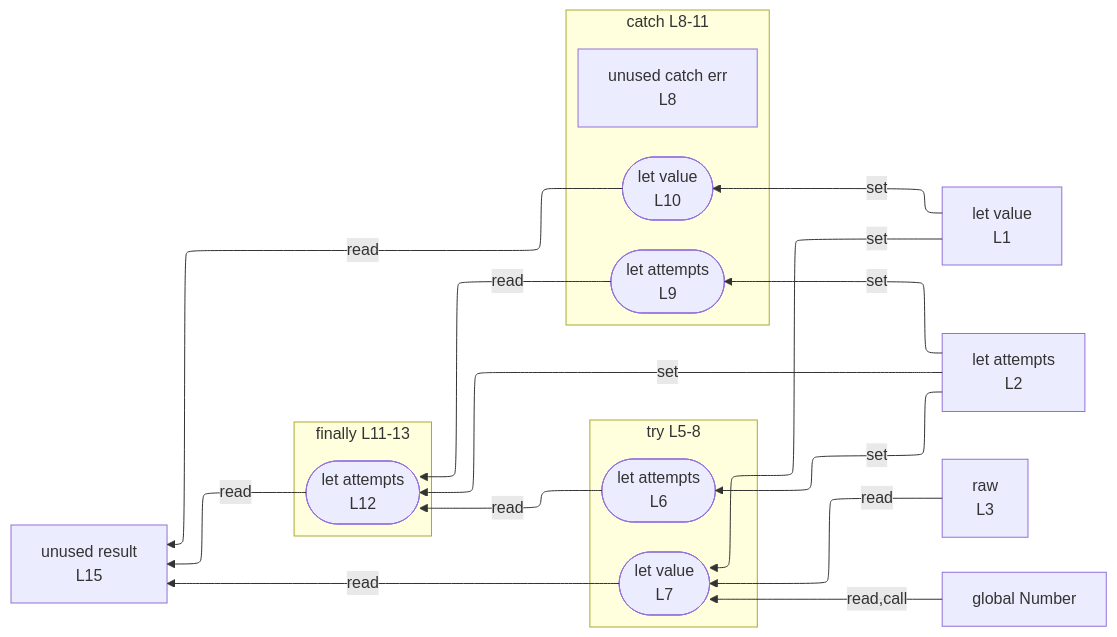
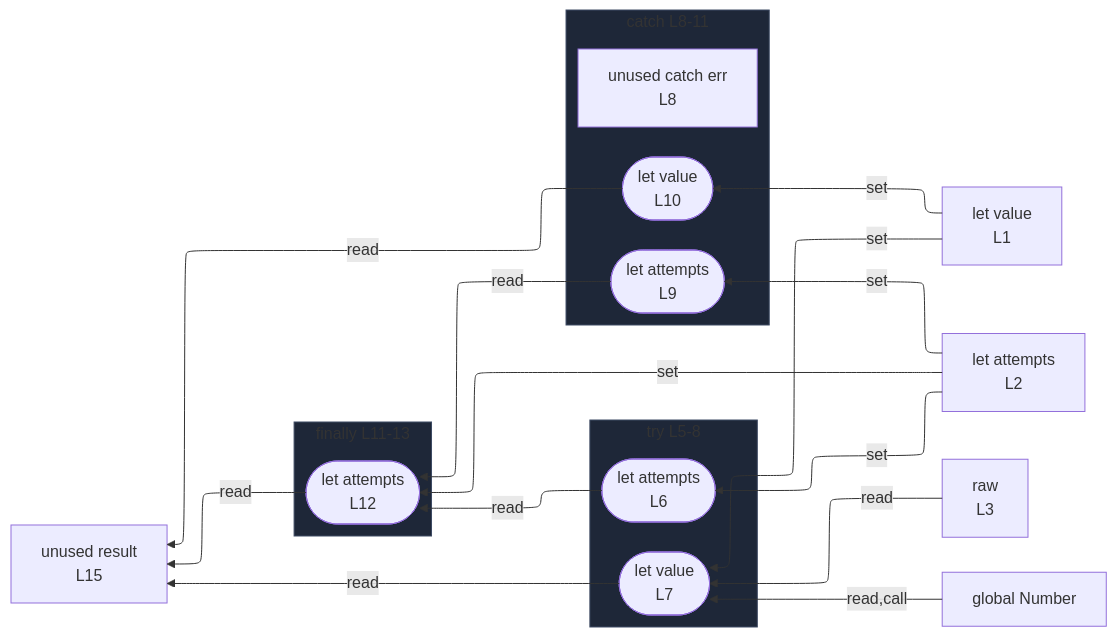
The diagram in integration/fixtures/try-statement/catch-finally/preview.md (crescware/unsnarl), drawn with Mermaid before and after one commit. The commit also changed 249 other files, not shown here.

First line of the commit message:
Color Mermaid subgraphs by nesting depth via theme palette

````diff
--- a/integration/fixtures/try-statement/catch-finally/preview.md
+++ b/integration/fixtures/try-statement/catch-finally/preview.md
@@ -25,36 +25,40 @@
 ```mermaid
 %%{init: {"flowchart": {"defaultRenderer": "elk"}}}%%
 flowchart RL
   n_scope_0_value_4["let value<br/>L1"]
   n_scope_0_attempts_19["let attempts<br/>L2"]
   n_scope_0_raw_39["raw<br/>L3"]
   n_scope_0_result_182["unused result<br/>L15"]
   n_scope_0_Number_84["global Number"]
   subgraph s_scope_1["try L5-8"]
     direction RL
     wr_ref_4(["let value<br/>L7"])
     wr_ref_3(["let attempts<br/>L6"])
   end
   subgraph s_scope_2["catch L8-11"]
     direction RL
     n_scope_2_err_106["unused catch err<br/>L8"]
     wr_ref_8(["let value<br/>L10"])
     wr_ref_7(["let attempts<br/>L9"])
   end
   subgraph s_scope_3["finally L11-13"]
     direction RL
     wr_ref_9(["let attempts<br/>L12"])
   end
   n_scope_0_value_4 -->|set| wr_ref_4
   n_scope_0_value_4 -->|set| wr_ref_8
   n_scope_0_attempts_19 -->|set| wr_ref_3
   n_scope_0_attempts_19 -->|set| wr_ref_7
   n_scope_0_attempts_19 -->|set| wr_ref_9
   n_scope_0_Number_84 -->|read,call| wr_ref_4
   n_scope_0_raw_39 -->|read| wr_ref_4
   wr_ref_3 -->|read| wr_ref_9
   wr_ref_7 -->|read| wr_ref_9
   wr_ref_4 -->|read| n_scope_0_result_182
   wr_ref_8 -->|read| n_scope_0_result_182
   wr_ref_9 -->|read| n_scope_0_result_182
+  classDef nestL1 fill:#1e2738,stroke:#3d4a63;
+  class s_scope_1 nestL1;
+  class s_scope_2 nestL1;
+  class s_scope_3 nestL1;
 ```
````
